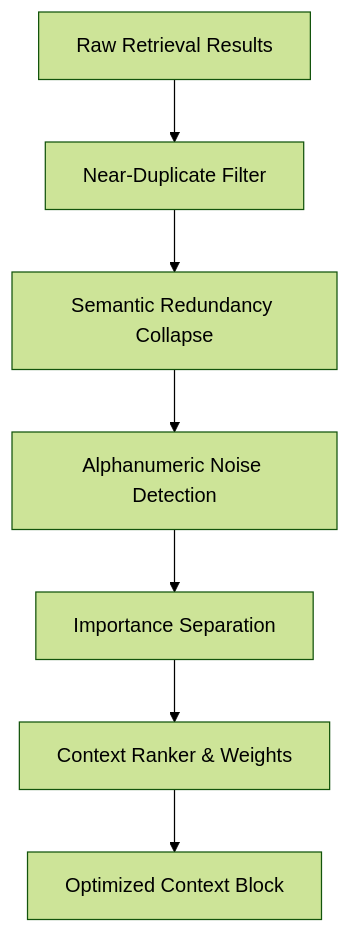
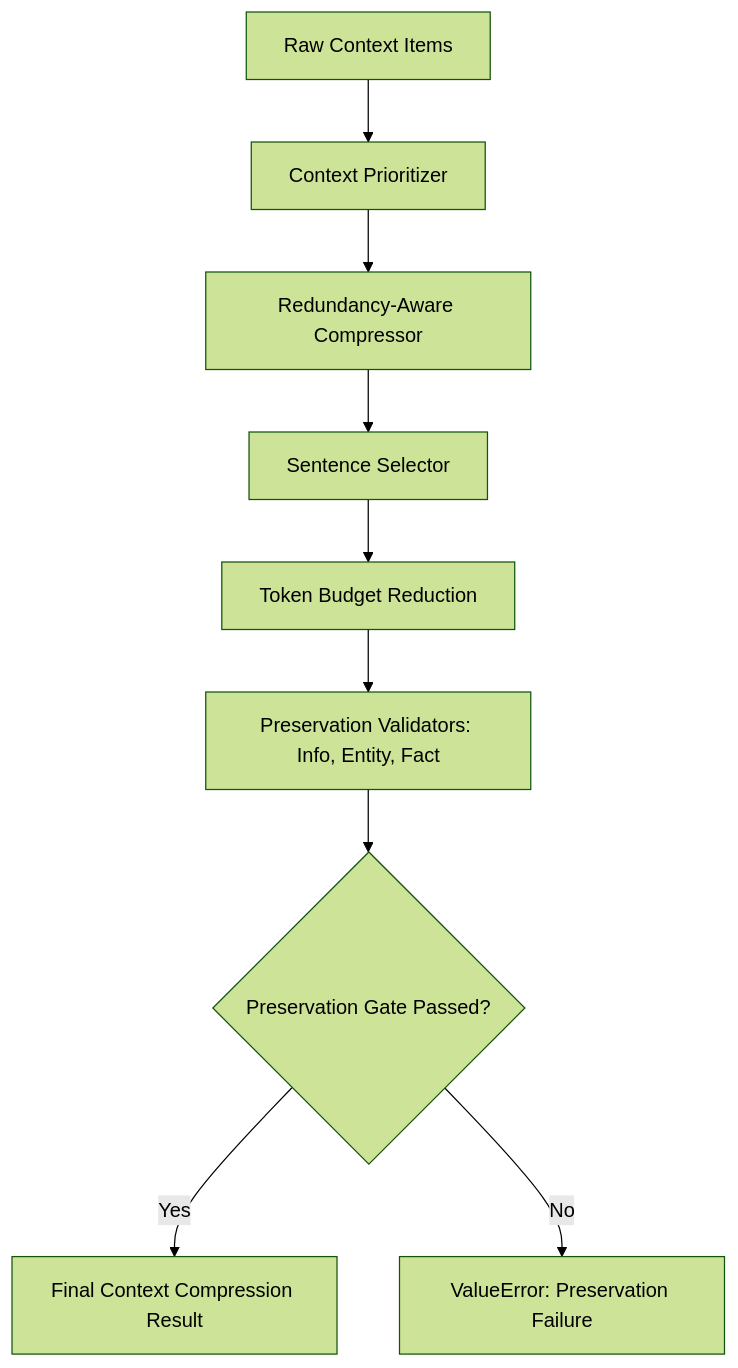
Before and after one commit to mogesh-developer/NOLQERA: the third of 3 diagrams in README.md, drawn with Mermaid (forest theme). The commit also changed other lines of this file and 43 other files, not shown here.

Commit message:
feat(intelligence): add Phase 4 & Phase 5 context optimization, preservation gates, pipeline adapters, and update README

````diff
--- a/README.md
+++ b/README.md
@@ -416,9 +465,11 @@
 ```mermaid
 flowchart TD
-    ScoredResults[Raw Retrieval Results] --> NearDup[Near-Duplicate Filter]
-    NearDup --> SemRedundancy[Semantic Redundancy Collapse]
-    SemRedundancy --> NoiseDet[Alphanumeric Noise Detection]
-    NoiseDet --> Sep[Importance Separation]
-    Sep --> Ranker[Context Ranker & Weights]
-    Ranker --> Output[Optimized Context Block]
+    ScoredResults[Raw Context Items] --> Prioritizer[Context Prioritizer]
+    Prioritizer --> Redundancy[Redundancy-Aware Compressor]
+    Redundancy --> Selection[Sentence Selector]
+    Selection --> TokenReduction[Token Budget Reduction]
+    TokenReduction --> Validators[Preservation Validators: Info, Entity, Fact]
+    Validators --> FinalGate{Preservation Gate Passed?}
+    FinalGate -- Yes --> FinalCompressor[Final Context Compression Result]
+    FinalGate -- No --> Error[ValueError: Preservation Failure]
 ```
````
